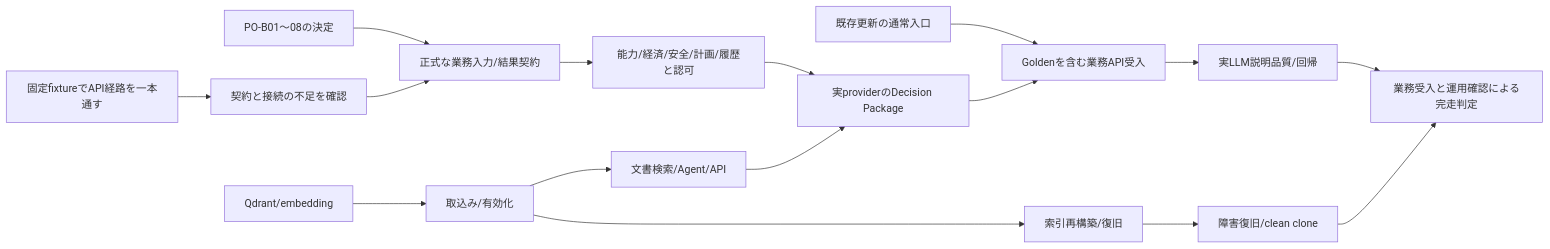
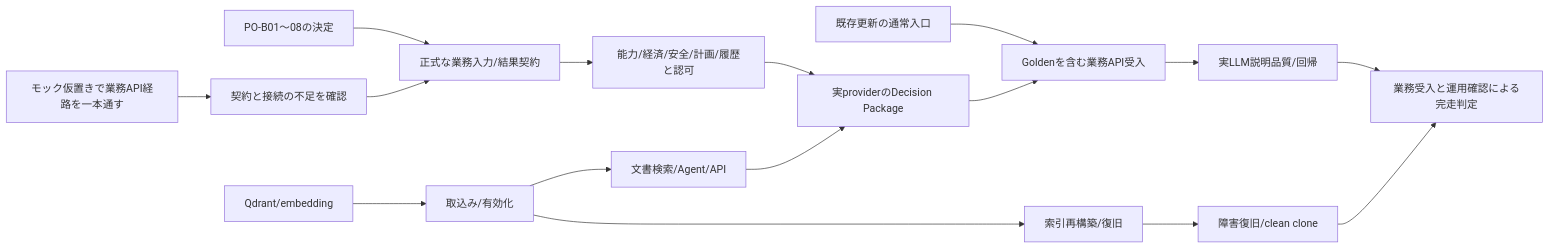
Before and after one commit to philippos2/line-scope: the diagram in docs/history/2026-10-14-backend-remaining-work.md, drawn with Mermaid. The commit also changed other lines of this file, not shown here.

````diff
--- a/docs/history/2026-10-14-backend-remaining-work.md
+++ b/docs/history/2026-10-14-backend-remaining-work.md
@@ -180,18 +180,18 @@
 ```mermaid
 flowchart LR
-    M0[固定fixtureでAPI経路を一本通す] --> Contract[契約と接続の不足を確認]
+    M0[モック仮置きで業務API経路を一本通す] --> Contract[契約と接続の不足を確認]
     PO[PO-B01〜08の決定] --> B1[正式な業務入力/結果契約]
     Contract --> B1
     K1[Qdrant/embedding] --> K2[取込み/有効化]
     K2 --> K3[文書検索/Agent/API]
     K2 --> K4[索引再構築/復旧]
     B1 --> Inputs[能力/経済/安全/計画/履歴と認可]
     Inputs --> B7[実providerのDecision Package]
     K3 --> B7
     W[既存更新の通常入口] --> Accept[Goldenを含む業務API受入]
     B7 --> Accept
     K4 --> Ops[障害復旧/clean clone]
     Accept --> Evals[実LLM説明品質/回帰]
     Evals --> Finish[業務受入と運用確認による完走判定]
     Ops --> Finish
 ```
````
